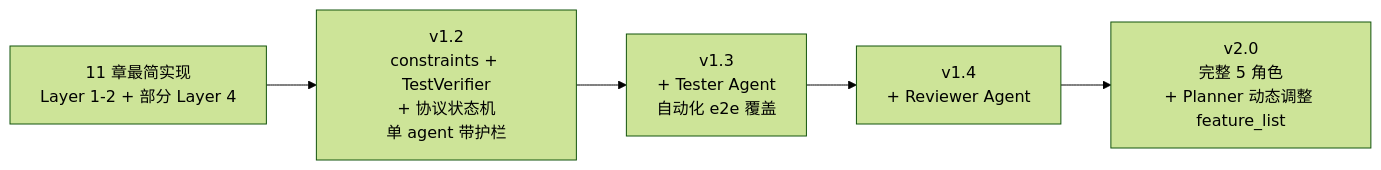
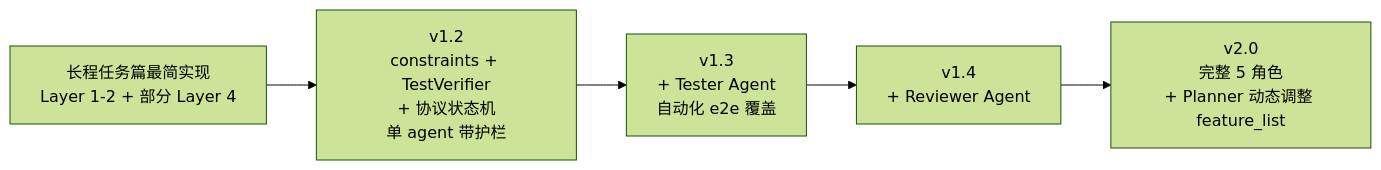
One commit to UranusGit/java-agent-learn changed the sixth of 6 diagrams in docs/web-claude/13-Harness工程.md. Above: the diagram before and after it, drawn with Mermaid (forest theme). The commit also changed other lines of this file and 184 other files, not shown here.

````diff
--- a/docs/web-claude/13-Harness工程.md
+++ b/docs/web-claude/13-Harness工程.md
@@ -514,7 +514,7 @@
 ```mermaid
 flowchart LR
-    V11["11 章最简实现<br/>Layer 1-2 + 部分 Layer 4"] --> V12["v1.2<br/>constraints + TestVerifier<br/>+ 协议状态机<br/>单 agent 带护栏"]
+    V11["长程任务篇最简实现<br/>Layer 1-2 + 部分 Layer 4"] --> V12["v1.2<br/>constraints + TestVerifier<br/>+ 协议状态机<br/>单 agent 带护栏"]
     V12 --> V13["v1.3<br/>+ Tester Agent<br/>自动化 e2e 覆盖"]
     V13 --> V14["v1.4<br/>+ Reviewer Agent"]
     V14 --> V20["v2.0<br/>完整 5 角色<br/>+ Planner 动态调整 feature_list"]
 ```
````
